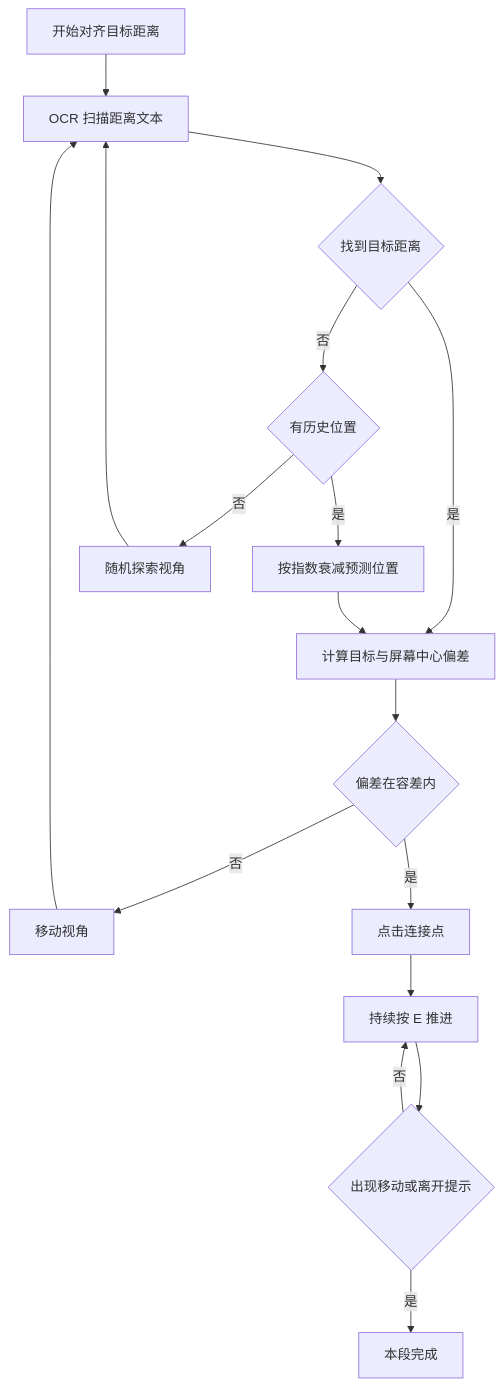
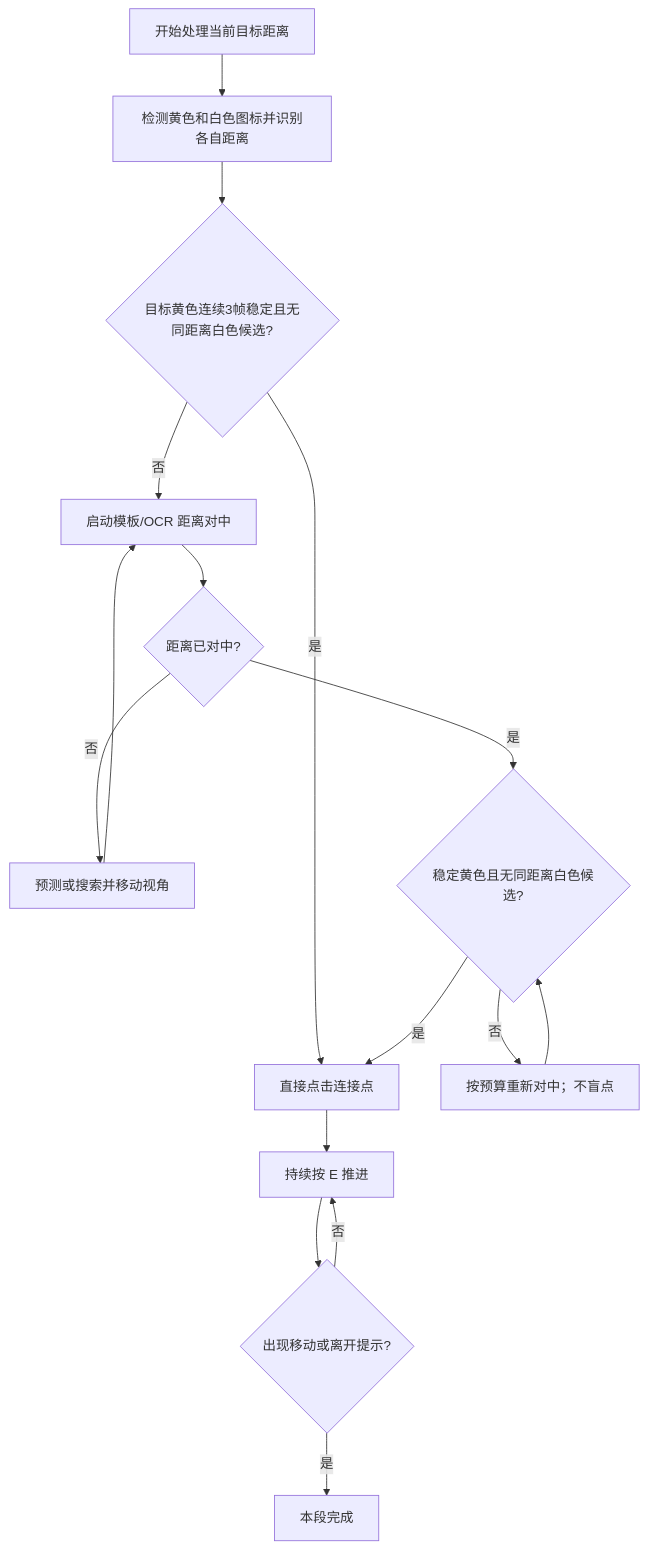
The first of 2 diagrams in docs/dev/滑索与送货逻辑.md (AliceJump/ok-end-field), drawn with Mermaid before and after one commit. The commit also changed other lines of this file and 4 other files, not shown here.

````diff
--- a/docs/dev/滑索与送货逻辑.md
+++ b/docs/dev/滑索与送货逻辑.md
@@ -31,19 +31,18 @@
 ```mermaid
 flowchart TD
-    A[开始对齐目标距离] --> B[OCR 扫描距离文本]
-    B --> C{找到目标距离}
-    C -->|是| D[计算目标与屏幕中心偏差]
-    C -->|否| E{有历史位置}
-    E -->|是| F[按指数衰减预测位置]
-    E -->|否| G[随机探索视角]
+    A[开始处理当前目标距离] --> B[检测黄色和白色图标并识别各自距离]
+    B --> C{目标黄色连续3帧稳定且无同距离白色候选?}
+    C -->|是| J[直接点击连接点]
+    C -->|否| D[启动模板/OCR 距离对中]
+    D --> E{距离已对中?}
+    E -->|否| F[预测或搜索并移动视角]
     F --> D
-    G --> B
-    D --> H{偏差在容差内}
-    H -->|否| I[移动视角]
-    I --> B
-    H -->|是| J[点击连接点]
+    E -->|是| G{稳定黄色且无同距离白色候选?}
+    G -->|否| H[按预算重新对中；不盲点]
+    H --> G
+    G -->|是| J
     J --> K[持续按 E 推进]
-    K --> L{出现移动或离开提示}
+    K --> L{出现移动或离开提示?}
     L -->|否| K
     L -->|是| M[本段完成]
 ```
````
